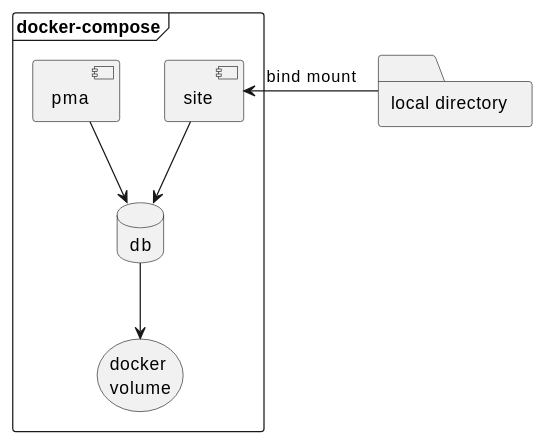
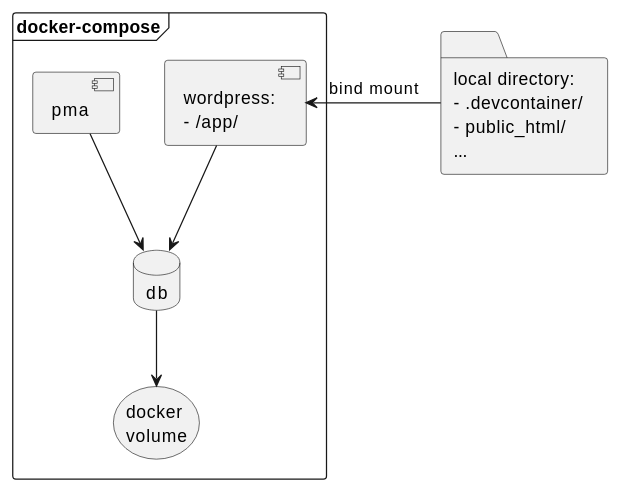
Before and after one commit to rolfkleef/rolfkleef.github.io: the diagram in docs/software_development/modules/docker/pages/wordpress.adoc, drawn with PlantUML. The commit also changed other lines of this file and 14 other files, not shown here.

```diff
--- a/docs/software_development/modules/docker/pages/wordpress.adoc
+++ b/docs/software_development/modules/docker/pages/wordpress.adoc
@@ -14,15 +16,15 @@
 [plantuml]
 ----
 frame docker-compose {
-  component site
+  component wordpress as "wordpress:\n- /app/"
   component pma
   database db
   storage wpdb as "docker\nvolume"
-  site --> db
+  wordpress --> db
   pma --> db
   db --> wpdb
 }
 
-folder local as "local directory"
-site <- local: bind mount
+folder local as "local directory:\n- .devcontainer/\n- public_html/\n..."
+wordpress <- local: bind mount
 ----
```
